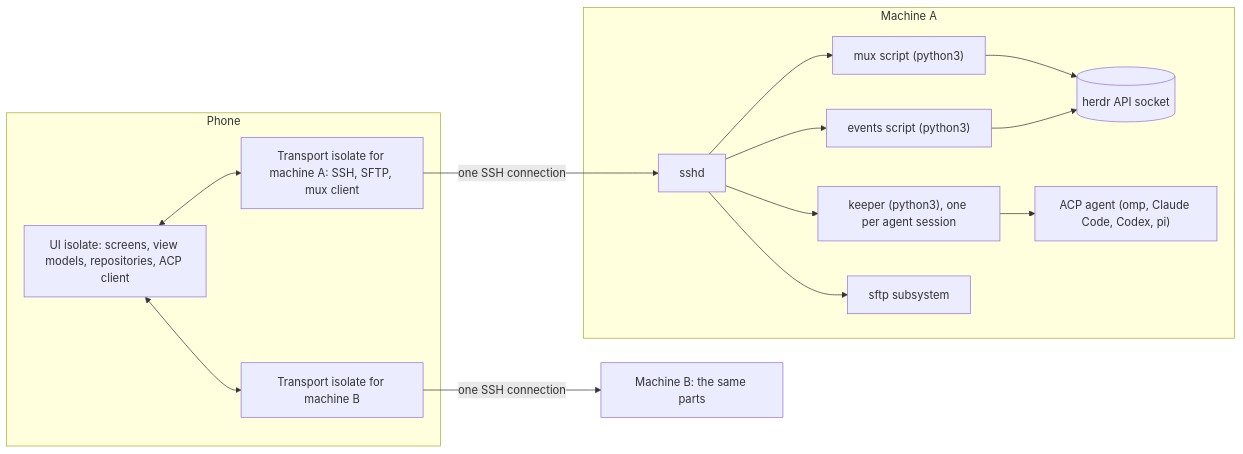
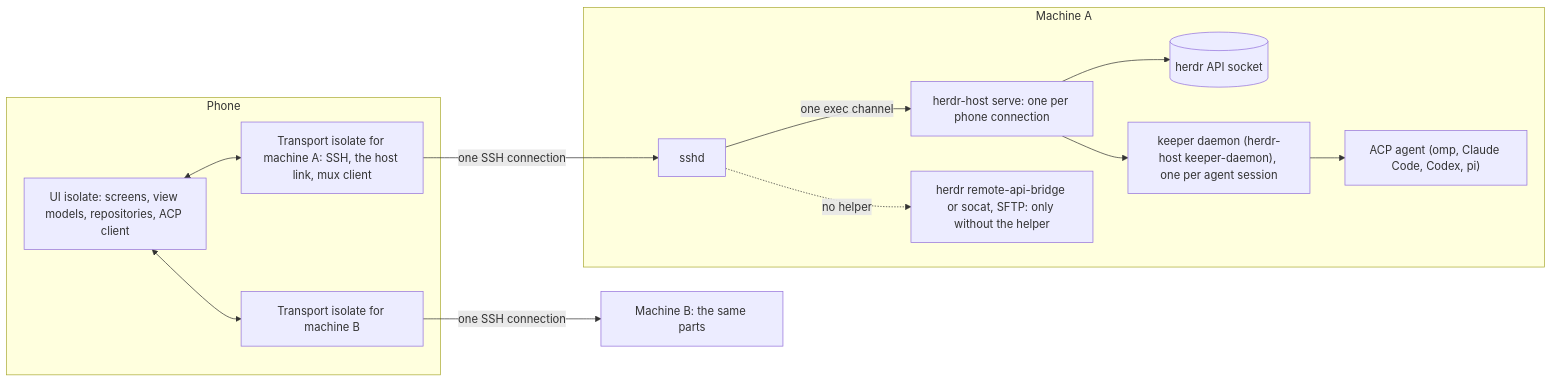
The diagram in docs/ARCHITECTURE.md (tuan3w/herdr-mobile), drawn with Mermaid before and after one commit. The commit also changed other lines of this file and 25 other files, not shown here.

First line of the commit message:
docs(host): host protocol, architecture and changelog for the helper

````diff
--- a/docs/ARCHITECTURE.md
+++ b/docs/ARCHITECTURE.md
@@ -21,25 +21,24 @@
 ```mermaid
 flowchart LR
   subgraph phone["Phone"]
     ui["UI isolate: screens, view models, repositories, ACP client"]
-    wa["Transport isolate for machine A: SSH, SFTP, mux client"]
+    wa["Transport isolate for machine A: SSH, the host link, mux client"]
     wb["Transport isolate for machine B"]
     ui <--> wa
     ui <--> wb
   end
   subgraph hostA["Machine A"]
     sshd["sshd"]
-    mux["mux script (python3)"]
-    ev["events script (python3)"]
+    serve["herdr-host serve: one per phone connection"]
     sock[("herdr API socket")]
-    keeper["keeper (python3), one per agent session"]
+    keeper["keeper daemon (herdr-host keeper-daemon), one per agent session"]
     agent["ACP agent (omp, Claude Code, Codex, pi)"]
-    sftp["sftp subsystem"]
-    sshd --> mux --> sock
-    sshd --> ev --> sock
-    sshd --> keeper --> agent
-    sshd --> sftp
+    fallback["herdr remote-api-bridge or socat, SFTP: only without the helper"]
+    sshd -- "one exec channel" --> serve
+    serve --> sock
+    serve --> keeper --> agent
+    sshd -. "no helper" .-> fallback
   end
   wa -- "one SSH connection" --> sshd
   wb -- "one SSH connection" --> hostB["Machine B: the same parts"]
 ```
````
